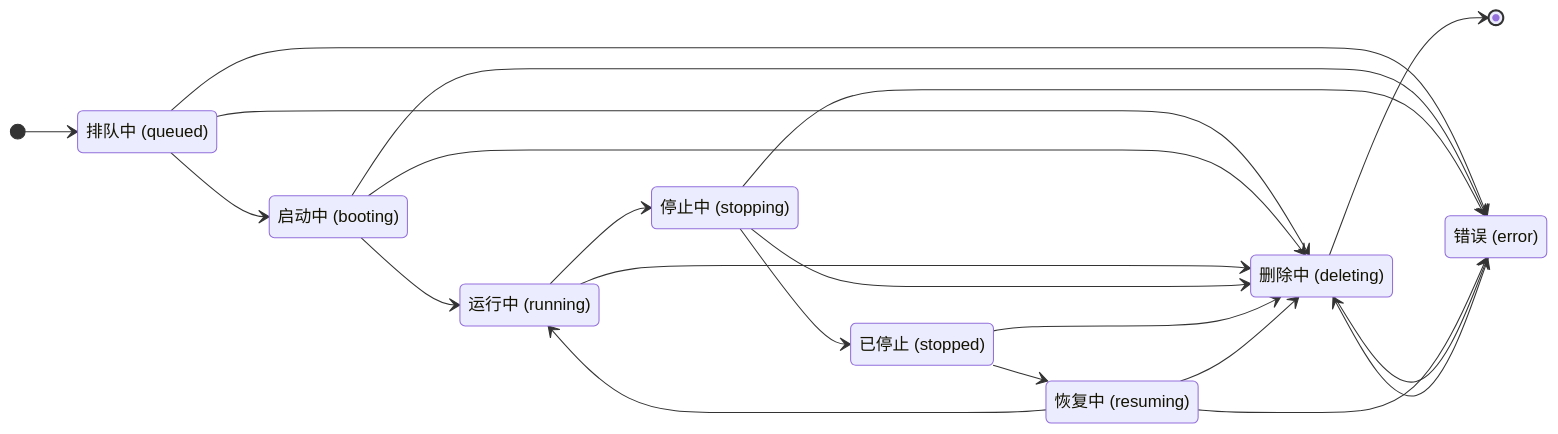
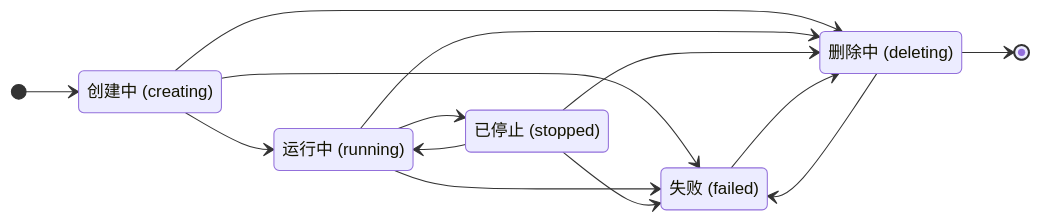
The diagram in src/state-machine.md (ExplodingDragon/gitea-dev), drawn with Mermaid before and after one commit. The commit also changed other lines of this file and 9 other files, not shown here.

````diff
--- a/src/state-machine.md
+++ b/src/state-machine.md
@@ -37,35 +35,24 @@
 ```mermaid
 stateDiagram-v2
     direction LR
 
-    queued: 排队中 (queued)
-    booting: 启动中 (booting)
+    creating: 创建中 (creating)
     running: 运行中 (running)
-    stopping: 停止中 (stopping)
     stopped: 已停止 (stopped)
-    resuming: 恢复中 (resuming)
     deleting: 删除中 (deleting)
-    error: 错误 (error)
+    failed: 失败 (failed)
 
-    [*] --> queued
-    queued --> booting
-    booting --> running
-    running --> stopping
-    stopping --> stopped
-    stopped --> resuming
-    resuming --> running
-    queued --> deleting
-    booting --> deleting
+    [*] --> creating
+    creating --> running
+    creating --> failed
+    running --> stopped
+    running --> failed
+    stopped --> running
+    stopped --> failed
+    creating --> deleting
     running --> deleting
-    stopping --> deleting
     stopped --> deleting
-    resuming --> deleting
-    error --> deleting
+    failed --> deleting
     deleting --> [*]
-
-    queued --> error
-    booting --> error
-    stopping --> error
-    resuming --> error
-    deleting --> error
+    deleting --> failed
 ```
````
